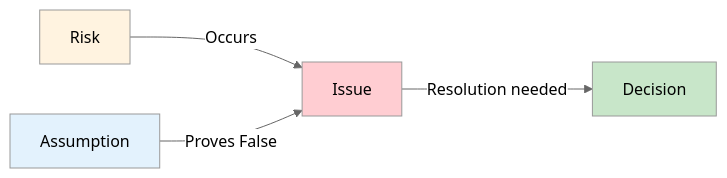
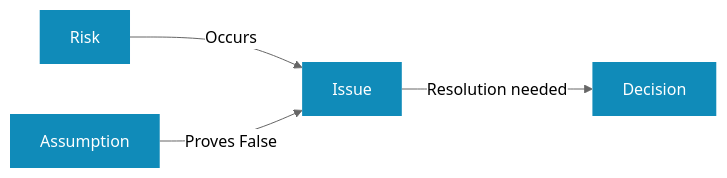
The diagram in _pages/risk-management/best-practices.md (kevinmcaleer/kevstemplates.com), drawn with Mermaid (neutral theme) before and after one commit. The commit also changed 72 other files, not shown here.

```diff
--- a/_pages/risk-management/best-practices.md
+++ b/_pages/risk-management/best-practices.md
@@ -80,11 +80,9 @@
 <div class="mermaid">
 flowchart LR
     R[Risk] -->|Occurs| I[Issue]
     A[Assumption] -->|Proves False| I
     I -->|Resolution needed| D[Decision]
 
-    style R fill:#fff3e0
-    style A fill:#e3f2fd
-    style I fill:#ffcdd2
-    style D fill:#c8e6c9
+    classDef blue fill:#108BB9,stroke:none,color:#fff
+    class R,A,I,D blue
 </div>
```
